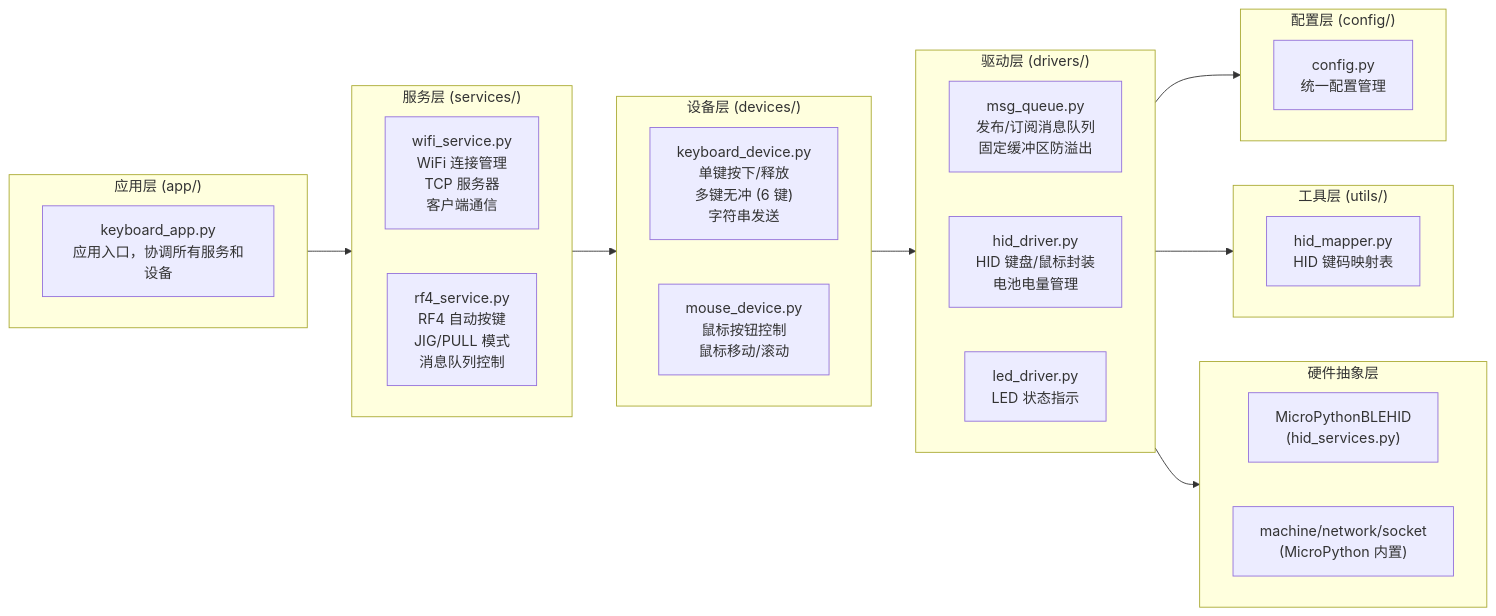
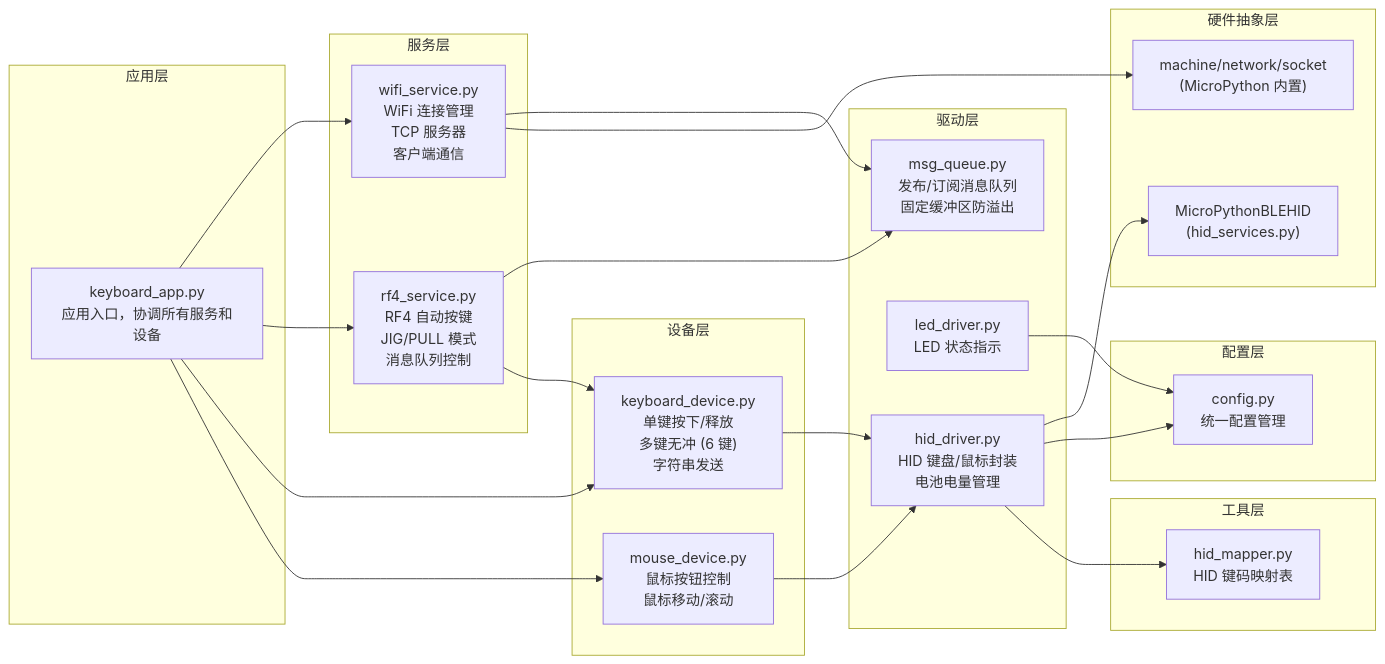
The first of 5 diagrams in docs/design/README.md (Ts-sound/esp32-python-keyboard), drawn with Mermaid before and after one commit. The commit also changed other lines of this file and 2 other files, not shown here.

Commit message:
docs: update README, design docs, and upload script
- Update project structure in README to match current layout
- Replace mpfshell instructions with mpremote-based scripts
- Fix architecture diagrams in docs/design/README.md
- Update upload.py to correctly deploy src/ and lib/MicroPythonBLEHID/

````diff
--- a/docs/design/README.md
+++ b/docs/design/README.md
@@ -9,49 +9,50 @@
 ```mermaid
 flowchart LR
-    subgraph App["应用层 (app/)"]
-        direction LR
+    subgraph App["应用层"]
         KA["keyboard_app.py<br/>应用入口，协调所有服务和设备"]
     end
     
-    subgraph Services["服务层 (services/)"]
-        direction LR
+    subgraph Services["服务层"]
         WS["wifi_service.py<br/>WiFi 连接管理<br/>TCP 服务器<br/>客户端通信"]
         RS["rf4_service.py<br/>RF4 自动按键<br/>JIG/PULL 模式<br/>消息队列控制"]
     end
     
-    subgraph Devices["设备层 (devices/)"]
-        direction LR
+    subgraph Devices["设备层"]
         KD["keyboard_device.py<br/>单键按下/释放<br/>多键无冲 (6 键)<br/>字符串发送"]
         MD["mouse_device.py<br/>鼠标按钮控制<br/>鼠标移动/滚动"]
     end
     
-    subgraph Drivers["驱动层 (drivers/)"]
-        direction LR
-        MQ["msg_queue.py<br/>发布/订阅消息队列<br/>固定缓冲区防溢出"]
+    subgraph Drivers["驱动层"]
         HD["hid_driver.py<br/>HID 键盘/鼠标封装<br/>电池电量管理"]
         LD["led_driver.py<br/>LED 状态指示"]
+        MQ["msg_queue.py<br/>发布/订阅消息队列<br/>固定缓冲区防溢出"]
     end
     
-    subgraph Config["配置层 (config/)"]
-        direction LR
+    subgraph Config["配置层"]
         CFG["config.py<br/>统一配置管理"]
     end
     
-    subgraph Utils["工具层 (utils/)"]
-        direction LR
+    subgraph Utils["工具层"]
         HM["hid_mapper.py<br/>HID 键码映射表"]
     end
     
     subgraph Hardware["硬件抽象层"]
-        direction LR
         MPH["MicroPythonBLEHID<br/>(hid_services.py)"]
         NATIVE["machine/network/socket<br/>(MicroPython 内置)"]
     end
     
-    App --> Services
-    Services --> Devices
-    Devices --> Drivers
-    Drivers --> Config
-    Drivers --> Utils
-    Drivers --> Hardware
+    KA --> WS
+    KA --> RS
+    WS --> MQ
+    RS --> MQ
+    RS --> KD
+    KA --> KD
+    KA --> MD
+    KD --> HD
+    MD --> HD
+    HD --> MPH
+    WS --> NATIVE
+    HD --> CFG
+    HD --> HM
+    LD --> CFG
 ```
````
